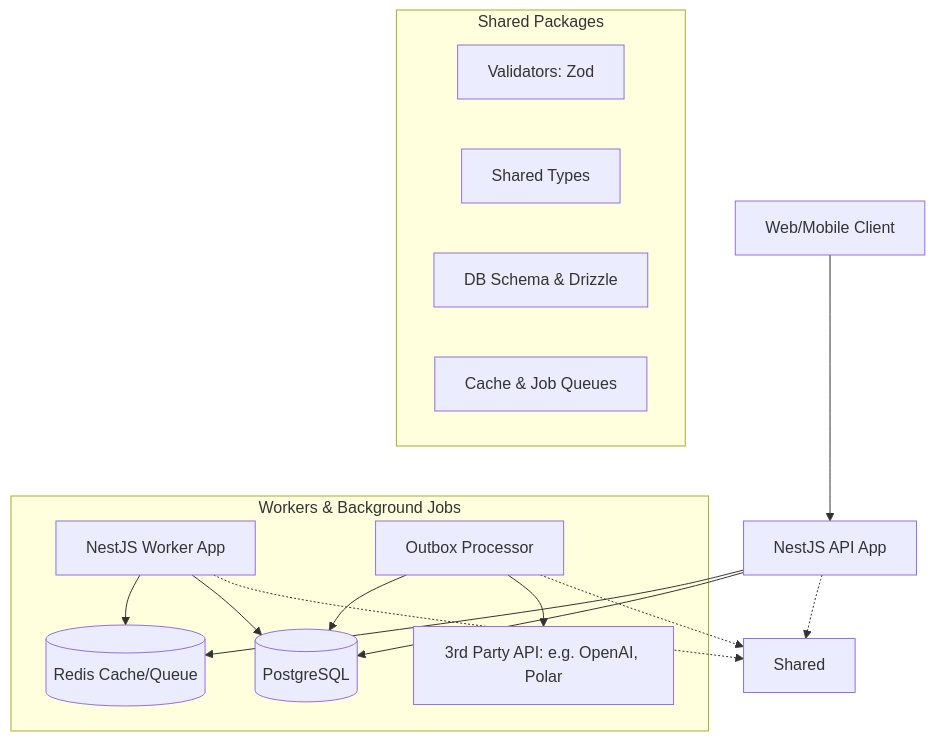
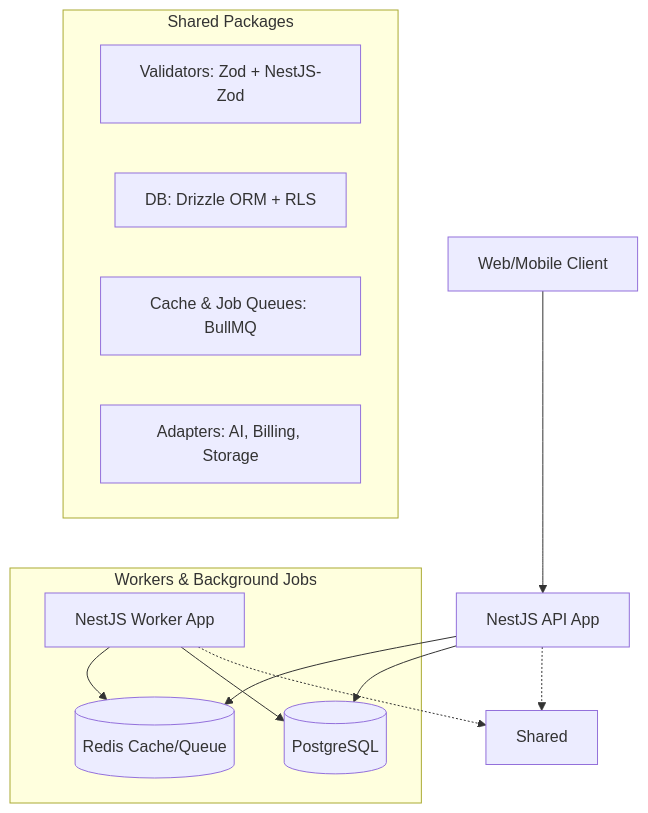
One commit to LuDevvv/saas-boilerplates changed the diagram in node-stack/docs/architecture.md. Above: the diagram before and after it, drawn with Mermaid. The commit also changed other lines of this file and 205 other files, not shown here.

````diff
--- a/node-stack/docs/architecture.md
+++ b/node-stack/docs/architecture.md
@@ -7,26 +7,22 @@
 ```mermaid
 graph TD
     Client[Web/Mobile Client] --> API[NestJS API App]
     API --> Redis[(Redis Cache/Queue)]
     API --> DB[(PostgreSQL)]
     
     subgraph "Workers & Background Jobs"
         Worker[NestJS Worker App]
-        OutboxWorker[Outbox Processor]
         Worker --> Redis
         Worker --> DB
-        OutboxWorker --> DB
-        OutboxWorker --> Providers[3rd Party API: e.g. OpenAI, Polar]
     end
     
     subgraph "Shared Packages"
-        Validators[Validators: Zod]
-        Types[Shared Types]
-        Database[DB Schema & Drizzle]
-        Cache[Cache & Job Queues]
+        Validators[Validators: Zod + NestJS-Zod]
+        DB_Pkg[DB: Drizzle ORM + RLS]
+        Cache[Cache & Job Queues: BullMQ]
+        Adapters[Adapters: AI, Billing, Storage]
     end
     
     API -.-> Shared
     Worker -.-> Shared
-    OutboxWorker -.-> Shared
 ```
````
